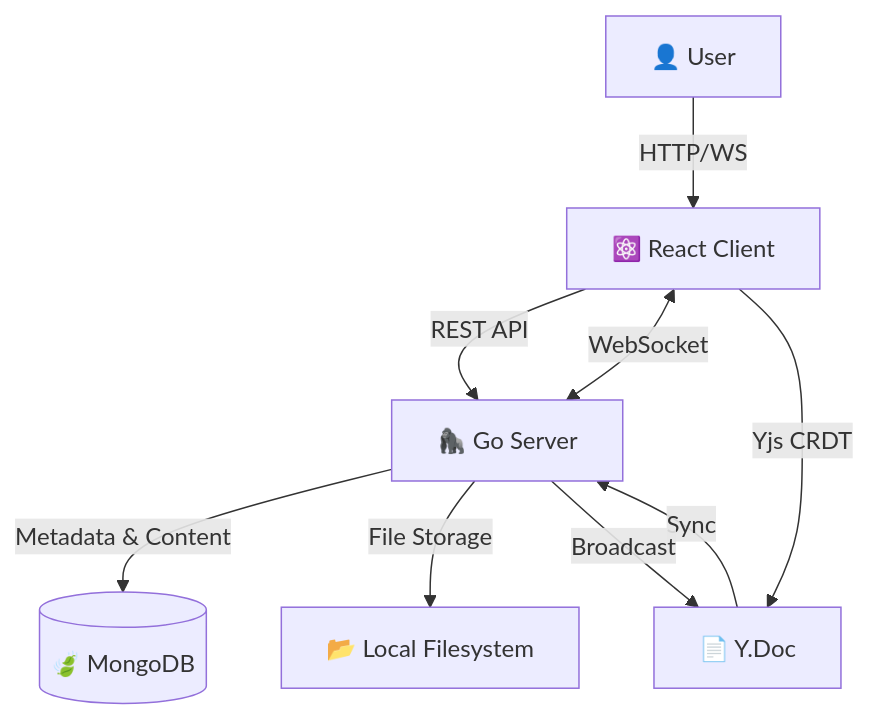
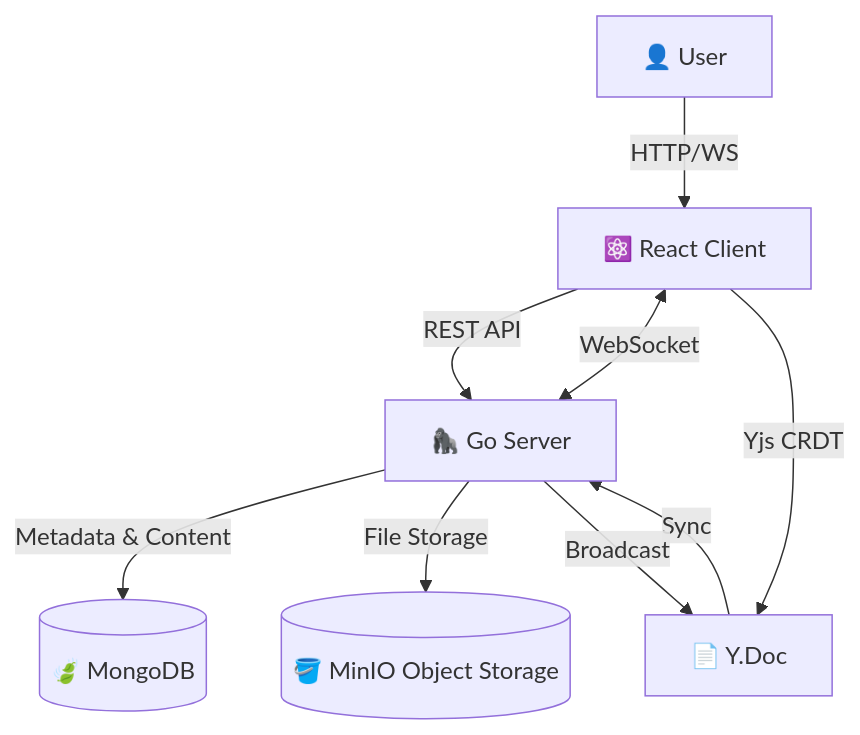
One commit to pranavdhawale/notex changed the diagram in README.md. Above: the diagram before and after it, drawn with Mermaid. The commit also changed other lines of this file, not shown here.

Commit message:
docs: update README as per new architecture

````diff
--- a/README.md
+++ b/README.md
@@ -110,13 +111,13 @@
 ```mermaid
 graph TD
     User[👤 User] -->|HTTP/WS| Client[⚛️ React Client]
     Client -->|REST API| Server[🦍 Go Server]
     Client <-->|WebSocket| Server
 
     Server -->|Metadata & Content| Mongo[(🍃 MongoDB)]
-    Server -->|File Storage| FS[📂 Local Filesystem]
+    Server -->|File Storage| MinIO[(🪣 MinIO Object Storage)]
 
     Client -->|Yjs CRDT| YjsDoc[📄 Y.Doc]
     YjsDoc -->|Sync| Server
     Server -->|Broadcast| YjsDoc
 ```
````
